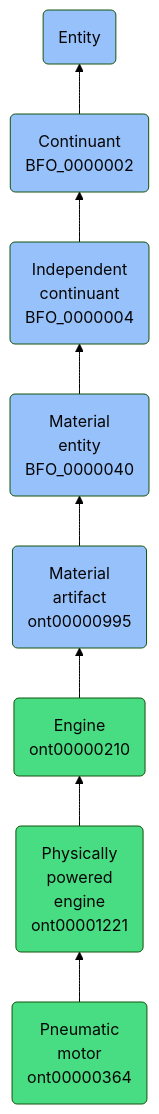
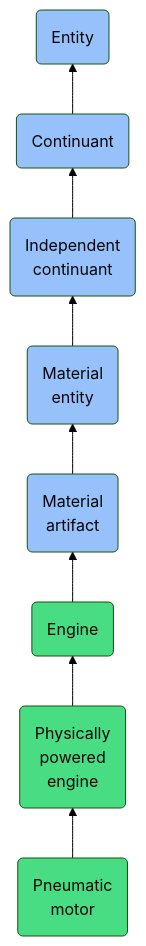
One commit to jupyter-naas/abi changed the diagram in docs/ontology/reference/model/Entity/Continuant/Independent continuant/Material entity/Material artifact/Engine/Physically powered engine/Pneumatic motor/Pneumatic motor.md. Above: the diagram before and after it, drawn with Mermaid (forest theme). The commit also changed other lines of this file and 1430 other files, not shown here.

````diff
--- a/docs/ontology/reference/model/Entity/Continuant/Independent continuant/Material entity/Material artifact/Engine/Physically powered engine/Pneumatic motor/Pneumatic motor.md
+++ b/docs/ontology/reference/model/Entity/Continuant/Independent continuant/Material entity/Material artifact/Engine/Physically powered engine/Pneumatic motor/Pneumatic motor.md
@@ -25,15 +25,15 @@
 ```mermaid
 graph BT
-    ont00000364(Pneumatic<br>motor<br>ont00000364):::ABI-->ont00001221
-    ont00001221(Physically<br>powered<br>engine<br>ont00001221):::ABI-->ont00000210
-    ont00000210(Engine<br>ont00000210):::ABI-->ont00000995
-    ont00000995(Material<br>artifact<br>ont00000995):::BFO-->BFO_0000040
-    BFO_0000040(Material<br>entity<br>BFO_0000040):::BFO-->BFO_0000004
-    BFO_0000004(Independent<br>continuant<br>BFO_0000004):::BFO-->BFO_0000002
-    BFO_0000002(Continuant<br>BFO_0000002):::BFO-->BFO_0000001
+    ont00000364(Pneumatic<br>motor):::ABI-->ont00001221
+    ont00001221(Physically<br>powered<br>engine):::ABI-->ont00000210
+    ont00000210(Engine):::ABI-->ont00000995
+    ont00000995(Material<br>artifact):::BFO-->BFO_0000040
+    BFO_0000040(Material<br>entity):::BFO-->BFO_0000004
+    BFO_0000004(Independent<br>continuant):::BFO-->BFO_0000002
+    BFO_0000002(Continuant):::BFO-->BFO_0000001
     BFO_0000001(Entity):::BFO
     
     classDef BFO fill:#97c1fb,color:#060606
     classDef CCO fill:#e4c51e,color:#060606
     classDef ABI fill:#48DD82,color:#060606
 ```
````
